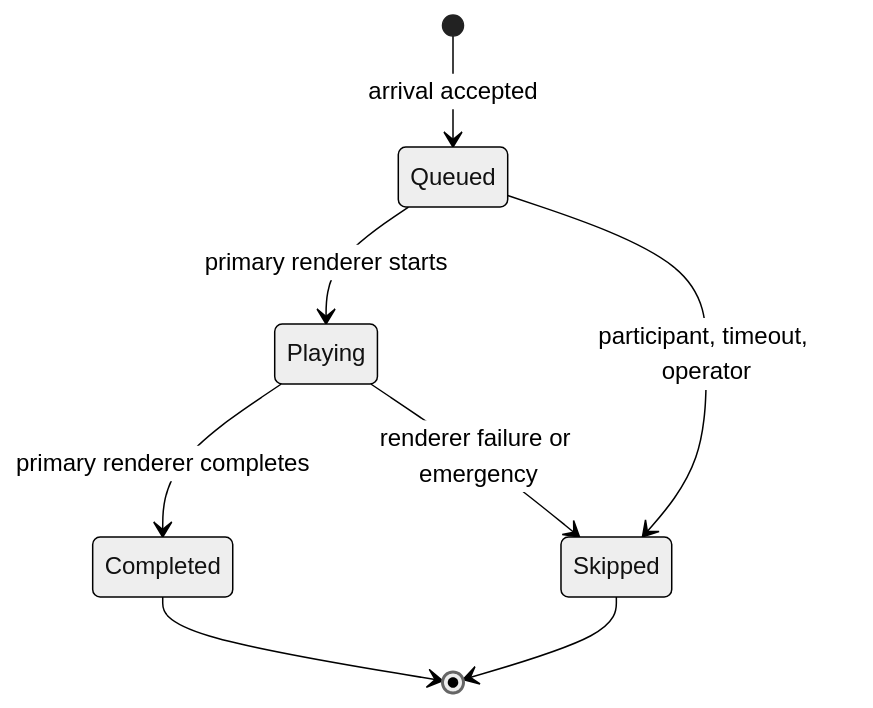
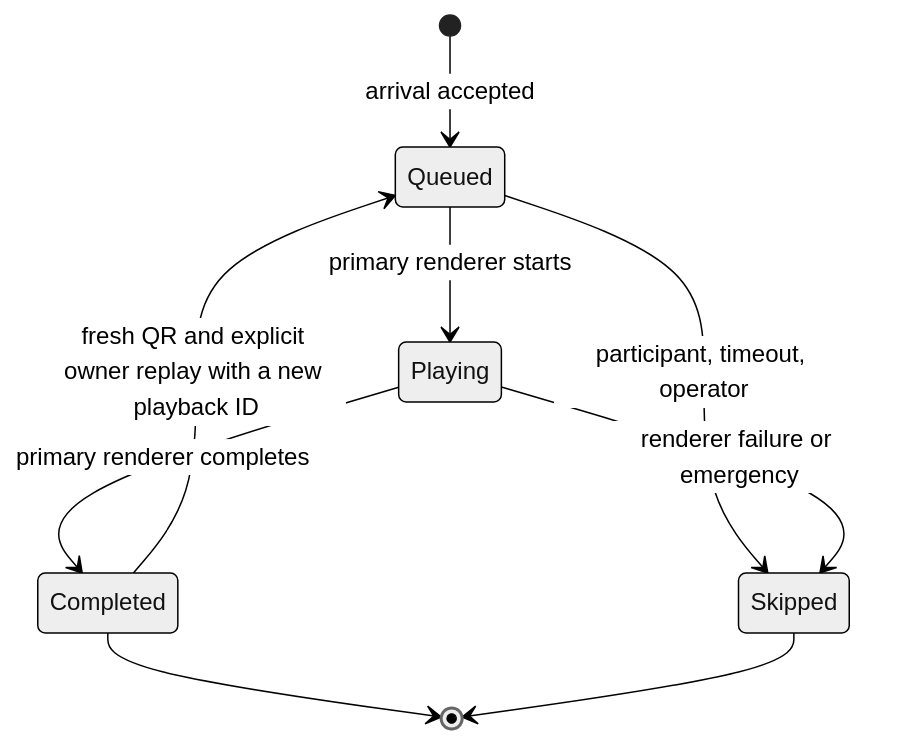
One commit to Mino829/trace-campus-installation changed the fourth of 4 diagrams in docs/state-machine.md. Above: the diagram before and after it, drawn with Mermaid (neutral theme). The commit also changed other lines of this file and 5 other files, not shown here.

Commit message:
docs: define explicit participant replay after completion

````diff
--- a/docs/state-machine.md
+++ b/docs/state-machine.md
@@ -85,10 +85,11 @@
 ```mermaid
 stateDiagram-v2
     [*] --> Queued: arrival accepted
     Queued --> Playing: primary renderer starts
     Queued --> Skipped: participant, timeout, operator
     Playing --> Completed: primary renderer completes
     Playing --> Skipped: renderer failure or emergency
+    Completed --> Queued: fresh QR and explicit owner replay with a new playback ID
     Completed --> [*]
     Skipped --> [*]
 ```
````
